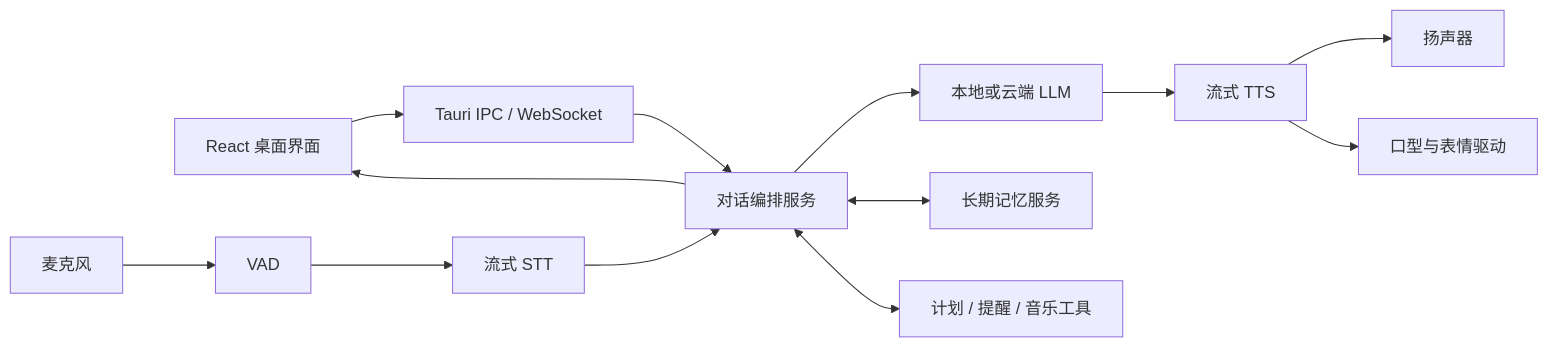
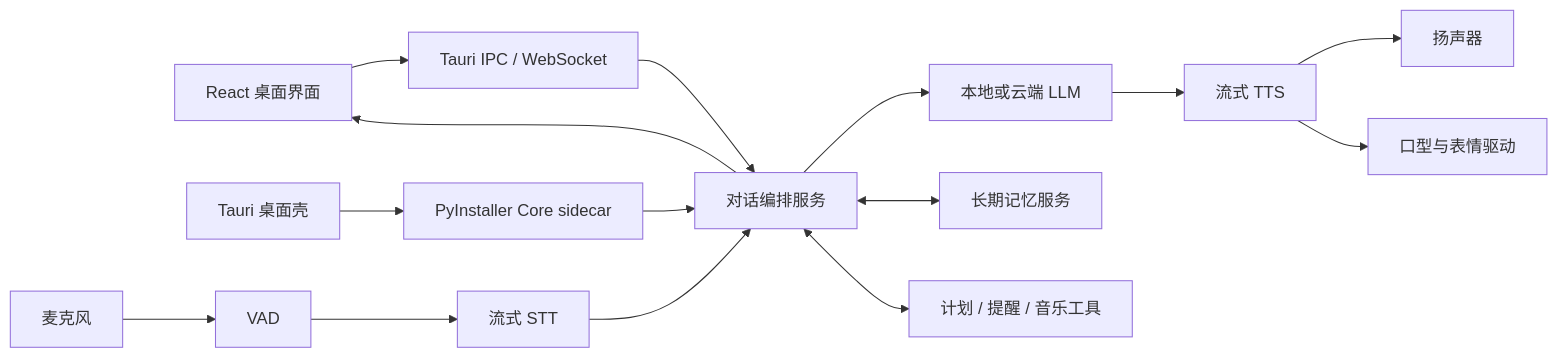
Before and after one commit to zuming58/AIgirl: the diagram in docs/TECH_STACK.md, drawn with Mermaid. The commit also changed other lines of this file and 124 other files, not shown here.

````diff
--- a/docs/TECH_STACK.md
+++ b/docs/TECH_STACK.md
@@ -22,15 +28,17 @@
 ```mermaid
 flowchart LR
     UI["React 桌面界面"] --> IPC["Tauri IPC / WebSocket"]
+    TAURI["Tauri 桌面壳"] --> SIDECAR["PyInstaller Core sidecar"]
+    SIDECAR --> ORCH
     IPC --> ORCH["对话编排服务"]
     MIC["麦克风"] --> VAD["VAD"]
     VAD --> STT["流式 STT"]
     STT --> ORCH
     ORCH --> LLM["本地或云端 LLM"]
     ORCH <--> MEM["长期记忆服务"]
     ORCH <--> TOOLS["计划 / 提醒 / 音乐工具"]
     LLM --> TTS["流式 TTS"]
     TTS --> AUDIO["扬声器"]
     TTS --> AVATAR["口型与表情驱动"]
     ORCH --> UI
 ```
````
